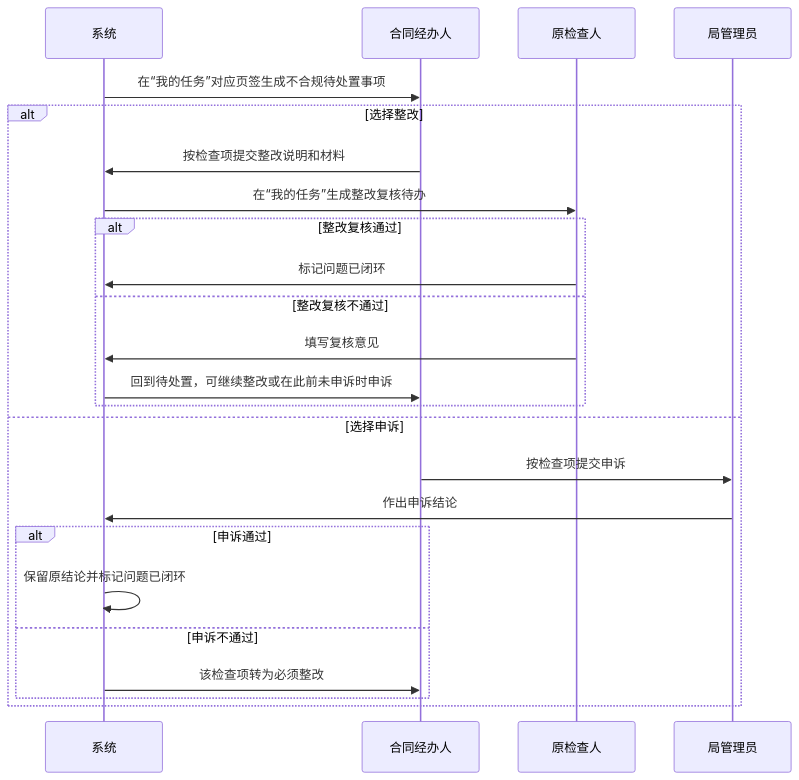
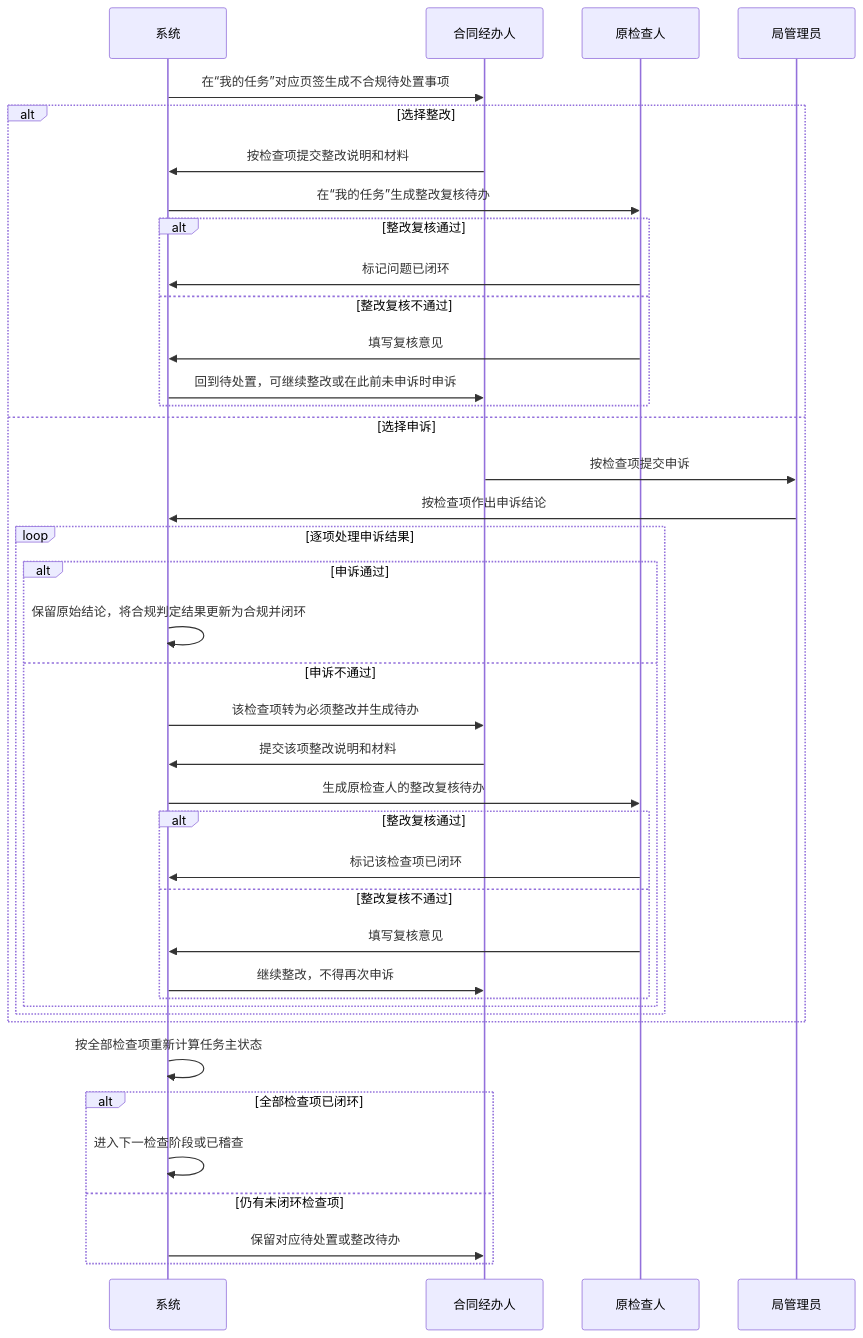
Before and after one commit to LRainD/LRainD.github.io: diagram 12 of 16 in axureMake/docs/四局一单一检/prd.md, drawn with Mermaid. The commit also changed other lines of this file and 7 other files, not shown here.

````diff
--- a/axureMake/docs/四局一单一检/prd.md
+++ b/axureMake/docs/四局一单一检/prd.md
@@ -626,27 +650,43 @@
 ```mermaid
 sequenceDiagram
     participant S as 系统
     participant H as 合同经办人
     participant O as 原检查人
     participant A as 局管理员
 
     S->>H: 在“我的任务”对应页签生成不合规待处置事项
     alt 选择整改
         H->>S: 按检查项提交整改说明和材料
         S->>O: 在“我的任务”生成整改复核待办
         alt 整改复核通过
             O->>S: 标记问题已闭环
         else 整改复核不通过
             O->>S: 填写复核意见
             S->>H: 回到待处置，可继续整改或在此前未申诉时申诉
         end
     else 选择申诉
         H->>A: 按检查项提交申诉
-        A->>S: 作出申诉结论
-        alt 申诉通过
-            S->>S: 保留原结论并标记问题已闭环
-        else 申诉不通过
-            S->>H: 该检查项转为必须整改
+        A->>S: 按检查项作出申诉结论
+        loop 逐项处理申诉结果
+            alt 申诉通过
+                S->>S: 保留原始结论，将合规判定结果更新为合规并闭环
+            else 申诉不通过
+                S->>H: 该检查项转为必须整改并生成待办
+                H->>S: 提交该项整改说明和材料
+                S->>O: 生成原检查人的整改复核待办
+                alt 整改复核通过
+                    O->>S: 标记该检查项已闭环
+                else 整改复核不通过
+                    O->>S: 填写复核意见
+                    S->>H: 继续整改，不得再次申诉
+                end
+            end
         end
     end
+    S->>S: 按全部检查项重新计算任务主状态
+    alt 全部检查项已闭环
+        S->>S: 进入下一检查阶段或已稽查
+    else 仍有未闭环检查项
+        S->>H: 保留对应待处置或整改待办
+    end
 ```
````
